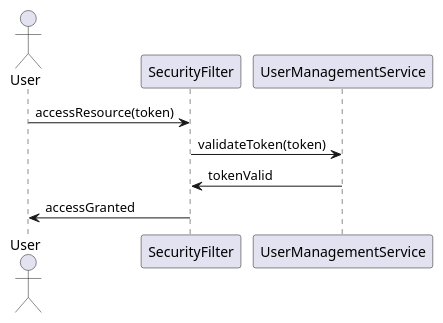
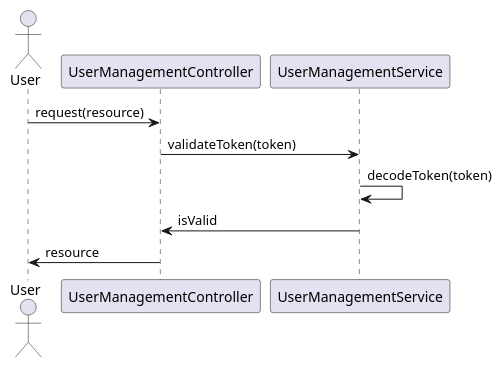
One commit to Dinesh-s95/AutoDoc.ai changed the third of 4 diagrams in usermanagement/documentation/detaileddesign.adoc. Above: the diagram before and after it, drawn with PlantUML. The commit also changed other lines of this file and 15 other files, not shown here.

```diff
--- a/usermanagement/documentation/detaileddesign.adoc
+++ b/usermanagement/documentation/detaileddesign.adoc
@@ -149,13 +146,14 @@
-[plantuml, jwt-validation-flow, png]
+[plantuml, jwt-validation-sequence, png]
 ----
 @startuml
 actor User
-participant "SecurityFilter" as Filter
+participant "UserManagementController" as Controller
 participant "UserManagementService" as Service
 
-User -> Filter : accessResource(token)
-Filter -> Service : validateToken(token)
-Service -> Filter : tokenValid
-Filter -> User : accessGranted
+User -> Controller : request(resource)
+Controller -> Service : validateToken(token)
+Service -> Service : decodeToken(token)
+Service -> Controller : isValid
+Controller -> User : resource
 @enduml
 ----
```
